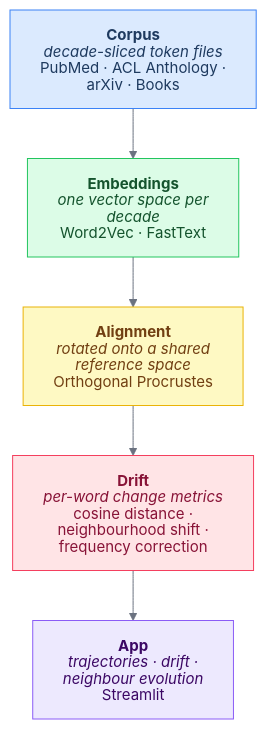
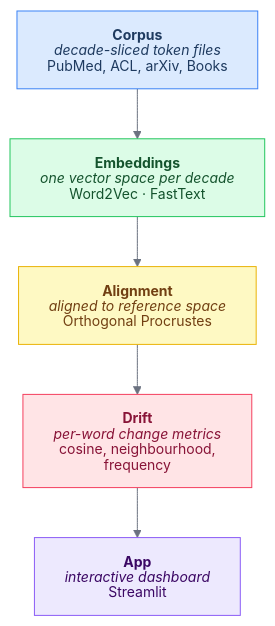
One commit to Dovalization/interpretant changed the diagram in README.md. Above: the diagram before and after it, drawn with Mermaid.

Commit message:
docs(readme): shorten node text lines to prevent mermaid auto-wrap

````diff
--- a/README.md
+++ b/README.md
@@ -46,31 +46,31 @@
 ```mermaid
-%%{init: {'theme': 'base', 'htmlLabels': false, 'flowchart': {'markdownAutoWrap': false, 'rankSpacing': 50}, 'themeVariables': {'fontSize': '14px', 'lineColor': '#6b7280'}}}%%
+%%{init: {'theme': 'base', 'htmlLabels': false, 'themeVariables': {'fontSize': '14px', 'lineColor': '#6b7280'}}}%%
 flowchart TD
-    classDef corpus fill:#dbeafe,stroke:#3b82f6,color:#1e3a5f,padding:20px,font-size:15px
-    classDef embed  fill:#dcfce7,stroke:#22c55e,color:#14532d,padding:20px,font-size:15px
-    classDef align  fill:#fef9c3,stroke:#eab308,color:#713f12,padding:20px,font-size:15px
-    classDef drift  fill:#ffe4e6,stroke:#f43f5e,color:#881337,padding:20px,font-size:15px
-    classDef app    fill:#ede9fe,stroke:#8b5cf6,color:#3b0764,padding:20px,font-size:15px
+    classDef corpus fill:#dbeafe,stroke:#3b82f6,color:#1e3a5f
+    classDef embed  fill:#dcfce7,stroke:#22c55e,color:#14532d
+    classDef align  fill:#fef9c3,stroke:#eab308,color:#713f12
+    classDef drift  fill:#ffe4e6,stroke:#f43f5e,color:#881337
+    classDef app    fill:#ede9fe,stroke:#8b5cf6,color:#3b0764
 
     C["`**Corpus**
     *decade-sliced token files*
-    PubMed · ACL Anthology · arXiv · Books`"]:::corpus
+    PubMed, ACL, arXiv, Books`"]:::corpus
 
     E["`**Embeddings**
     *one vector space per decade*
     Word2Vec · FastText`"]:::embed
 
     A["`**Alignment**
-    *rotated onto a shared reference space*
+    *aligned to reference space*
     Orthogonal Procrustes`"]:::align
 
     D["`**Drift**
     *per-word change metrics*
-    cosine distance · neighbourhood shift · frequency correction`"]:::drift
+    cosine, neighbourhood, frequency`"]:::drift
 
     P["`**App**
-    *trajectories · drift · neighbour evolution*
+    *interactive dashboard*
     Streamlit`"]:::app
 
     C --> E --> A --> D --> P
 ```
````
